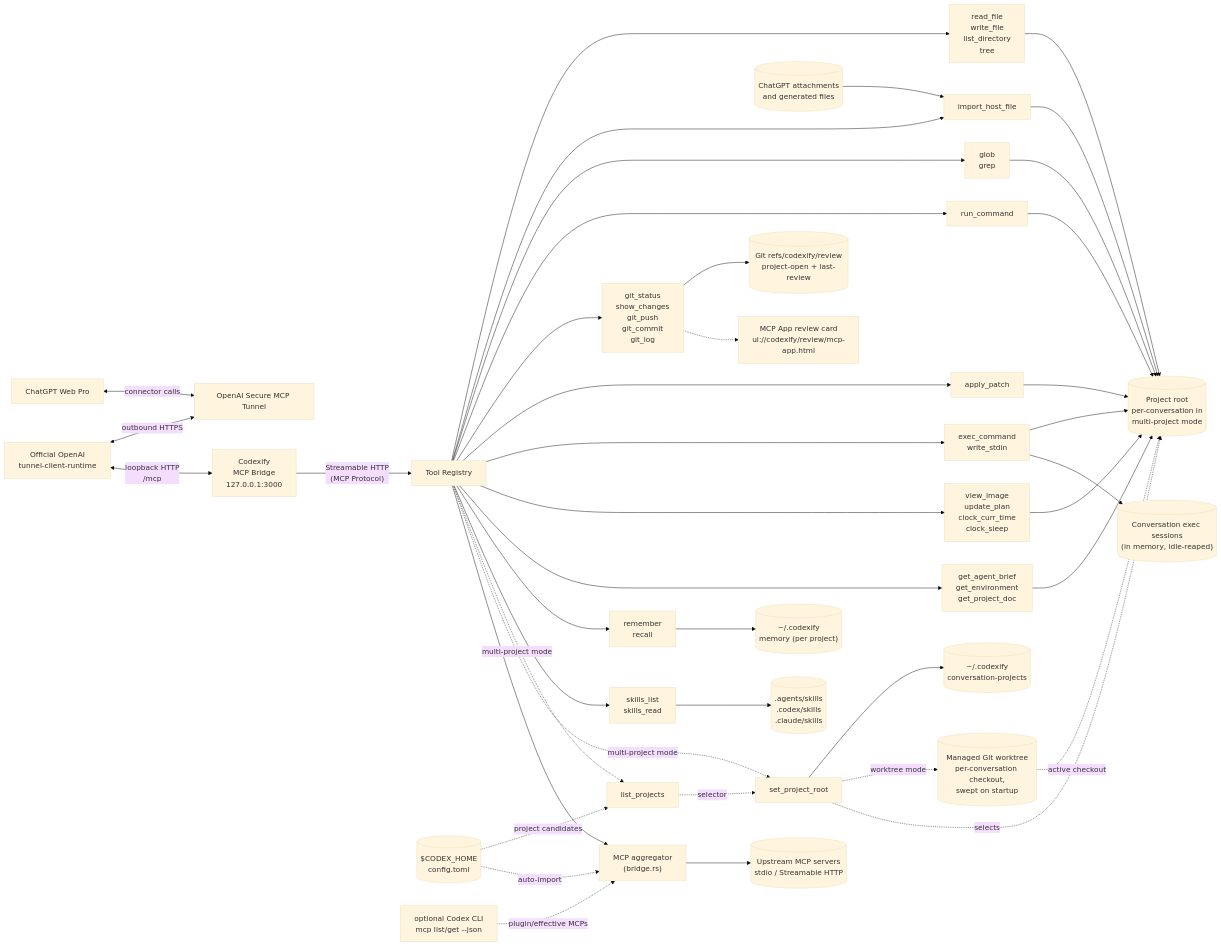
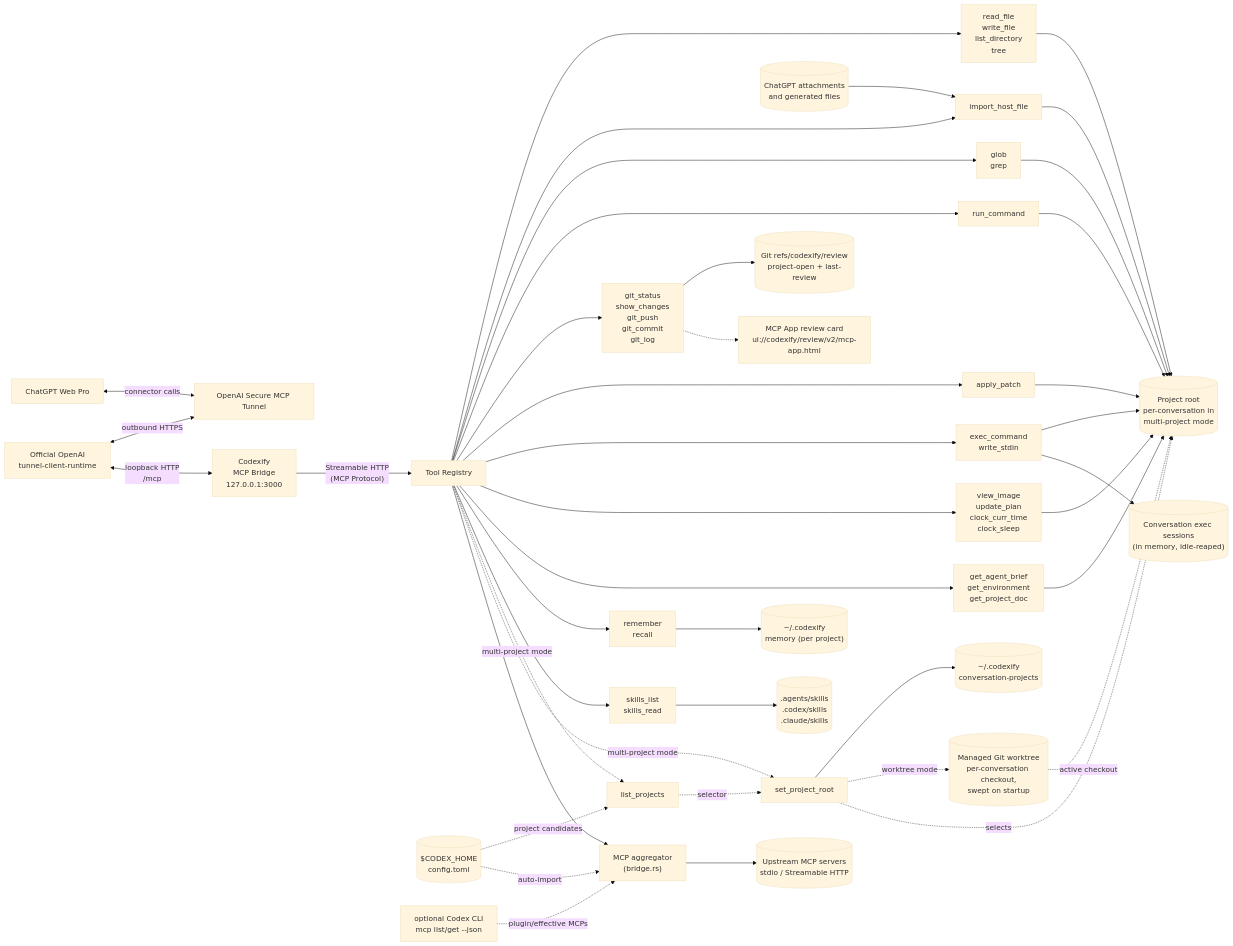
Before and after one commit to thesunwave/codexify: the diagram in README.md, drawn with Mermaid (base theme). The commit also changed other lines of this file and 13 other files, not shown here.

````diff
--- a/README.md
+++ b/README.md
@@ -17,79 +17,79 @@
 ```mermaid
 flowchart LR
     ChatGPT["ChatGPT Web Pro"]
     OpenAITunnel["OpenAI Secure MCP Tunnel"]
     TunnelClient["Official OpenAI\ntunnel-client-runtime"]
     Server["Codexify\nMCP Bridge\n127.0.0.1:3000"]
     Tools["Tool Registry"]
 
     FS["read_file\nwrite_file\nlist_directory\ntree"]
     Ingress["import_host_file"]
     Search["glob\ngrep"]
     Shell["run_command"]
     Git["git_status\nshow_changes\ngit_push\ngit_commit\ngit_log"]
     Edit["apply_patch"]
     Exec["exec_command\nwrite_stdin"]
     Agent["view_image\nupdate_plan\nclock_curr_time\nclock_sleep"]
     Env["get_agent_brief\nget_environment\nget_project_doc"]
     Mem["remember\nrecall"]
     Skills["skills_list\nskills_read"]
     ListProjects["list_projects"]
     SetRoot["set_project_root"]
     Bridge["MCP aggregator\n(bridge.rs)"]
     WorkDir[("Project root\nper-conversation in\nmulti-project mode")]
     HostFiles[("ChatGPT attachments\nand generated files")]
     State[("~/.codexify\nmemory (per project)")]
     Bindings[("~/.codexify\nconversation-projects")]
     Worktree[("Managed Git worktree\nper-conversation checkout,\nswept on startup")]
     ExecSessions[("Conversation exec sessions\n(in memory, idle-reaped)")]
     ReviewRefs[("Git refs/codexify/review\nproject-open + last-review")]
-    ReviewUI["MCP App review card\nui://codexify/review/mcp-app.html"]
+    ReviewUI["MCP App review card\nui://codexify/review/v2/mcp-app.html"]
     SkillDirs[(".agents/skills\n.codex/skills\n.claude/skills")]
     CodexCfg[("$CODEX_HOME\nconfig.toml")]
     CodexCli["optional Codex CLI\nmcp list/get --json"]
     Upstream[("Upstream MCP servers\nstdio / Streamable HTTP")]
 
     ChatGPT <-->|"connector calls"| OpenAITunnel
     TunnelClient <-->|"outbound HTTPS"| OpenAITunnel
     TunnelClient <-->|"loopback HTTP\n/mcp"| Server
     Server -- "Streamable HTTP\n(MCP Protocol)" --> Tools
 
     Tools --> FS
     Tools --> Ingress
     Tools --> Search
     Tools --> Shell
     Tools --> Git
     Tools --> Edit
     Tools --> Exec
     Tools --> Agent
     Tools --> Env
     Tools --> Mem
     Tools --> Skills
     Tools -.->|"multi-project mode"| ListProjects
     Tools -.->|"multi-project mode"| SetRoot
     Tools --> Bridge
 
     FS --> WorkDir
     HostFiles --> Ingress
     Ingress --> WorkDir
     Search --> WorkDir
     Shell --> WorkDir
     Edit --> WorkDir
     Exec --> WorkDir
     Agent --> WorkDir
     Env --> WorkDir
     Mem --> State
     Skills --> SkillDirs
     ListProjects -.->|"selector"| SetRoot
     SetRoot --> Bindings
     SetRoot -.->|"worktree mode"| Worktree
     Worktree -.->|"active checkout"| WorkDir
     Exec --> ExecSessions
     Git --> ReviewRefs
     Git -.-> ReviewUI
     SetRoot -.->|"selects"| WorkDir
     CodexCfg -.->|"project candidates"| ListProjects
     CodexCfg -.->|"auto-import"| Bridge
     CodexCli -.->|"plugin/effective MCPs"| Bridge
     Bridge --> Upstream
 ```
````
